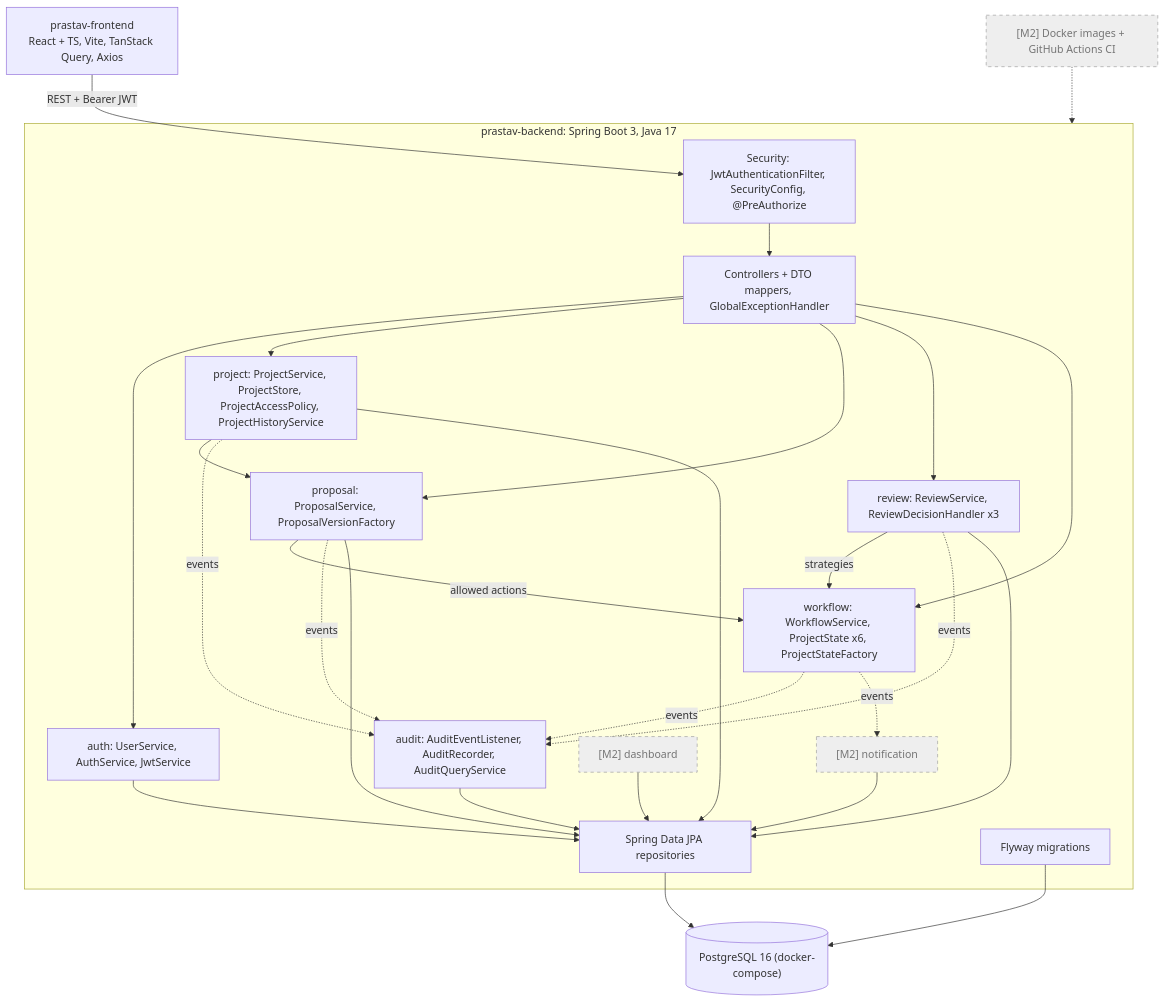
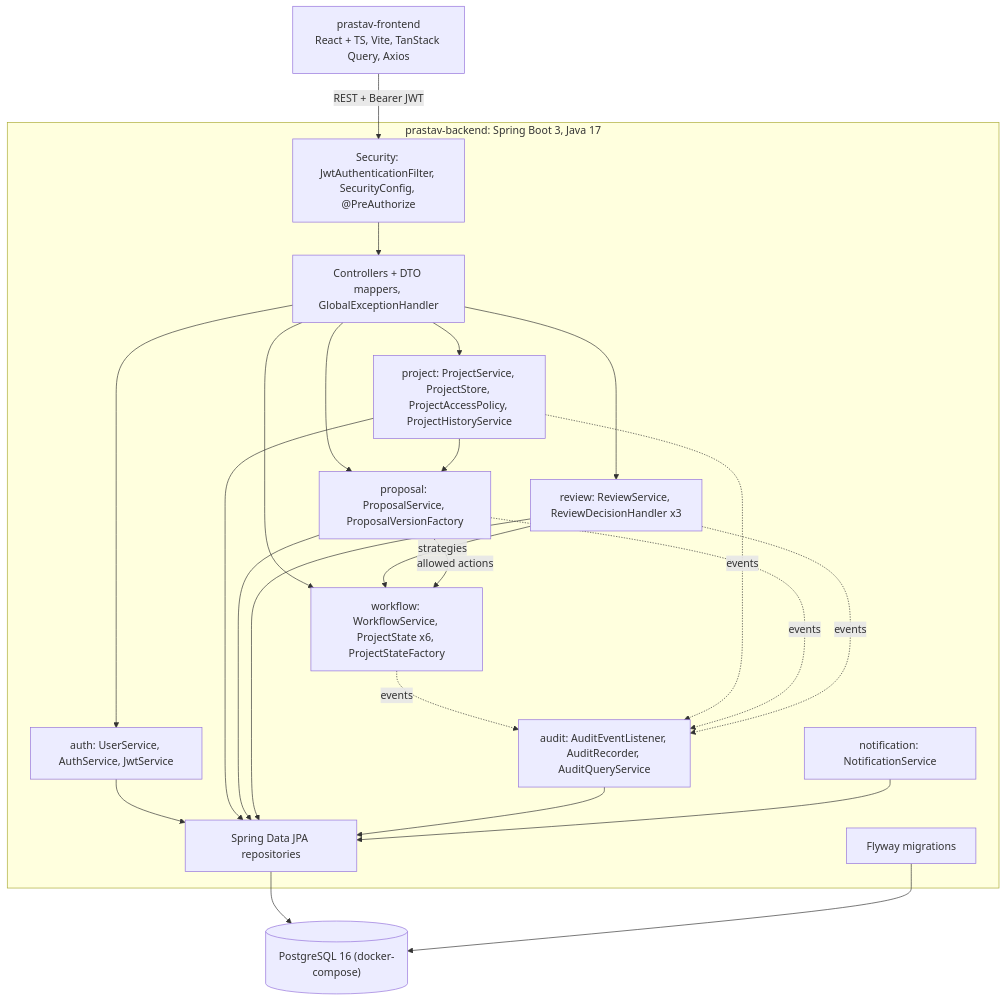
One commit to udita-0707/Prastaav changed the tenth of 11 diagrams in docs/diagrams.md. Above: the diagram before and after it, drawn with Mermaid. The commit also changed other lines of this file and 9 other files, not shown here.

Commit message:
docs(uml): keep only implemented elements in PlantUML and Mermaid diagrams

````diff
--- a/docs/diagrams.md
+++ b/docs/diagrams.md
@@ -557,36 +516,31 @@
 ```mermaid
 flowchart TB
   FE["prastav-frontend<br/>React + TS, Vite, TanStack Query, Axios"]
   subgraph BE["prastav-backend: Spring Boot 3, Java 17"]
     SEC["Security: JwtAuthenticationFilter, SecurityConfig, @PreAuthorize"]
     WEB["Controllers + DTO mappers, GlobalExceptionHandler"]
     AUTH["auth: UserService, AuthService, JwtService"]
     PROJ["project: ProjectService, ProjectStore, ProjectAccessPolicy, ProjectHistoryService"]
     PROP["proposal: ProposalService, ProposalVersionFactory"]
     REV["review: ReviewService, ReviewDecisionHandler x3"]
     WF["workflow: WorkflowService, ProjectState x6, ProjectStateFactory"]
     AUD["audit: AuditEventListener, AuditRecorder, AuditQueryService"]
-    NOTIF["[M2] notification"]:::m2
-    DASH["[M2] dashboard"]:::m2
+    NOTIF["notification: NotificationService"]
     REPO["Spring Data JPA repositories"]
     FLY["Flyway migrations"]
   end
   DB[("PostgreSQL 16 (docker-compose)")]
-  CI["[M2] Docker images + GitHub Actions CI"]:::m2
   FE -->|"REST + Bearer JWT"| SEC --> WEB
   WEB --> AUTH & PROJ & PROP & REV & WF
   REV -->|strategies| WF
   PROJ --> PROP
   PROP -->|allowed actions| WF
   WF -.->|events| AUD
   PROJ -.->|events| AUD
   PROP -.->|events| AUD
   REV -.->|events| AUD
-  WF -.->|events| NOTIF
   AUTH & PROJ & PROP & REV & AUD --> REPO
-  NOTIF & DASH --> REPO
+  NOTIF --> REPO
   REPO --> DB
   FLY --> DB
-  CI -.-> BE
-  classDef m2 fill:#eeeeee,stroke:#9e9e9e,stroke-dasharray:5 5,color:#757575
 ```
````
